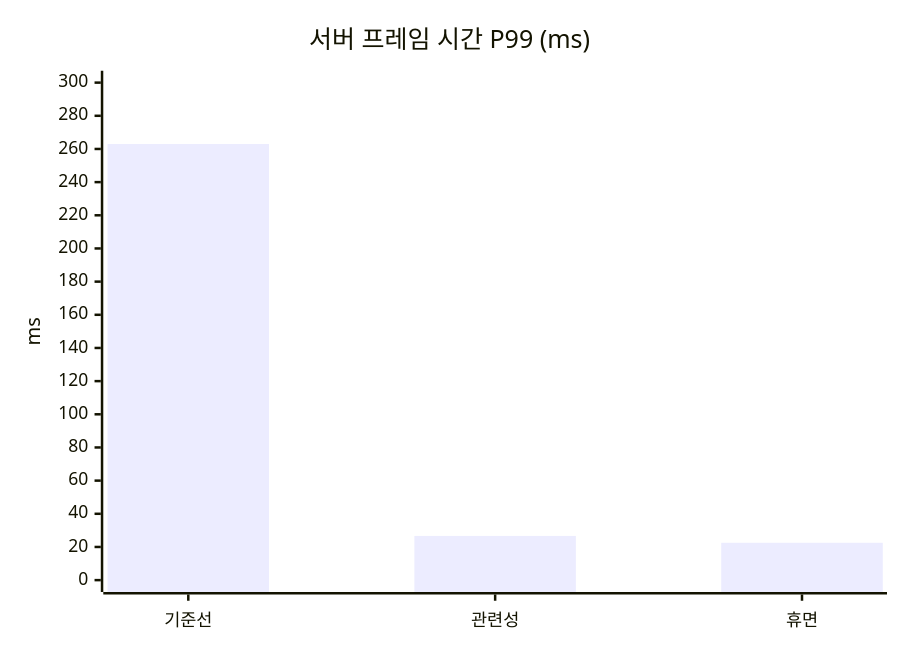
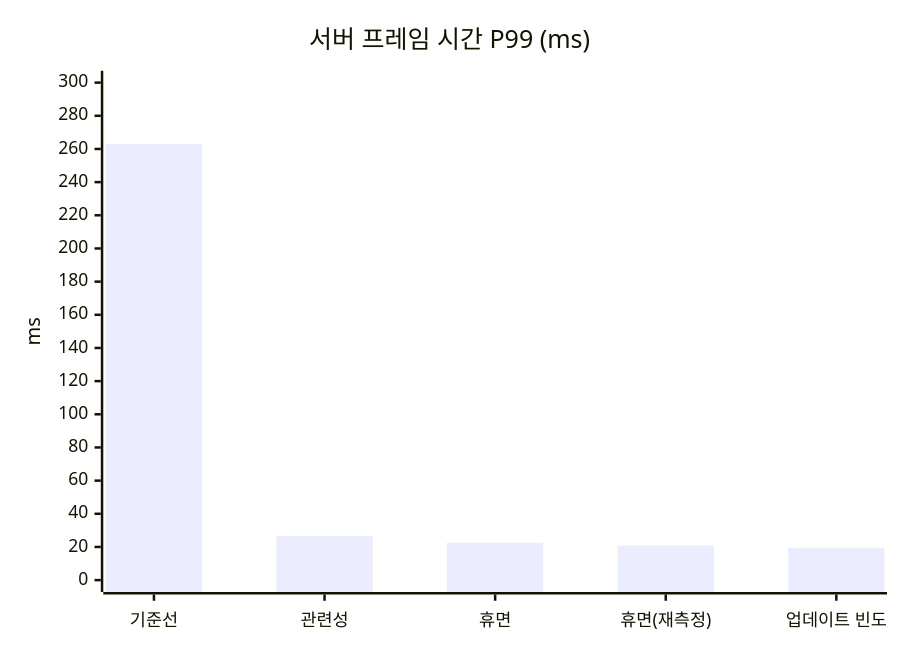
One commit to hon454/ue-dedicated-server-optimization-lab changed the third of 5 diagrams in README.md. Above: the diagram before and after it, drawn with Mermaid. The commit also changed other lines of this file and 26 other files, not shown here.

````diff
--- a/README.md
+++ b/README.md
@@ -105,7 +110,7 @@
 ```mermaid
 xychart-beta
     title "서버 프레임 시간 P99 (ms)"
-    x-axis ["기준선", "관련성", "휴면"]
+    x-axis ["기준선", "관련성", "휴면", "휴면(재측정)", "업데이트 빈도"]
     y-axis "ms" 0 --> 300
-    bar [262.96, 26.64, 22.53]
+    bar [262.96, 26.64, 22.53, 20.84, 19.50]
 ```
````
